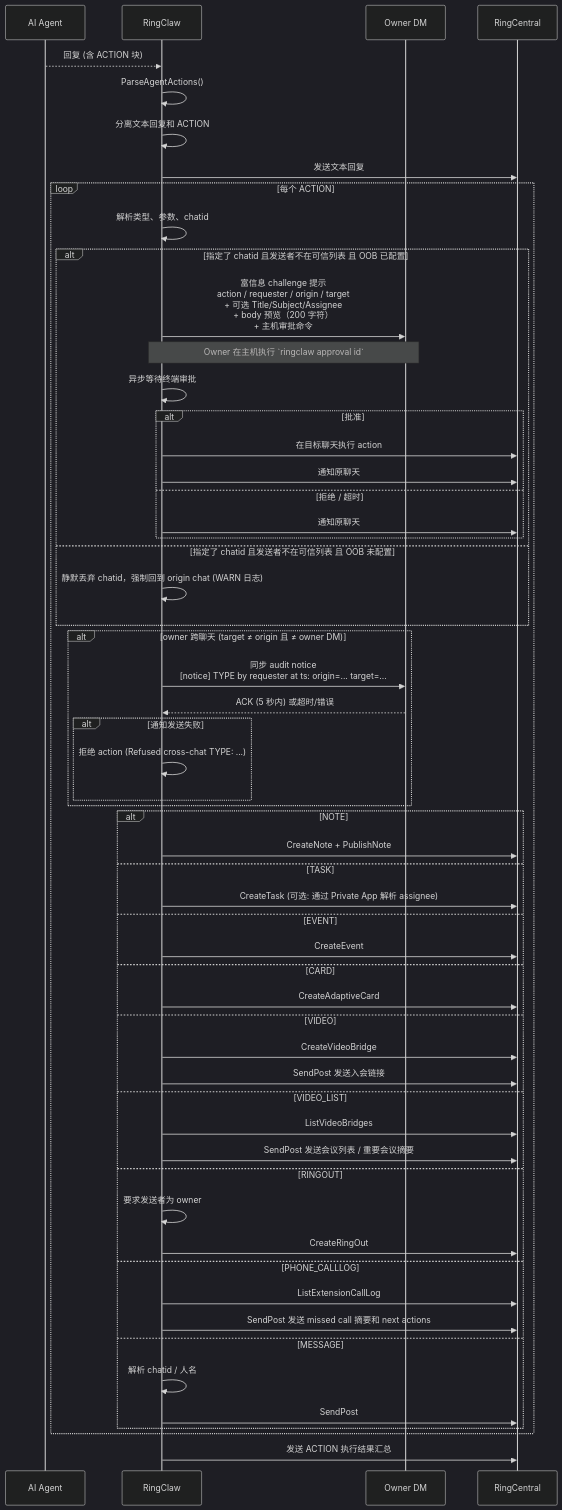
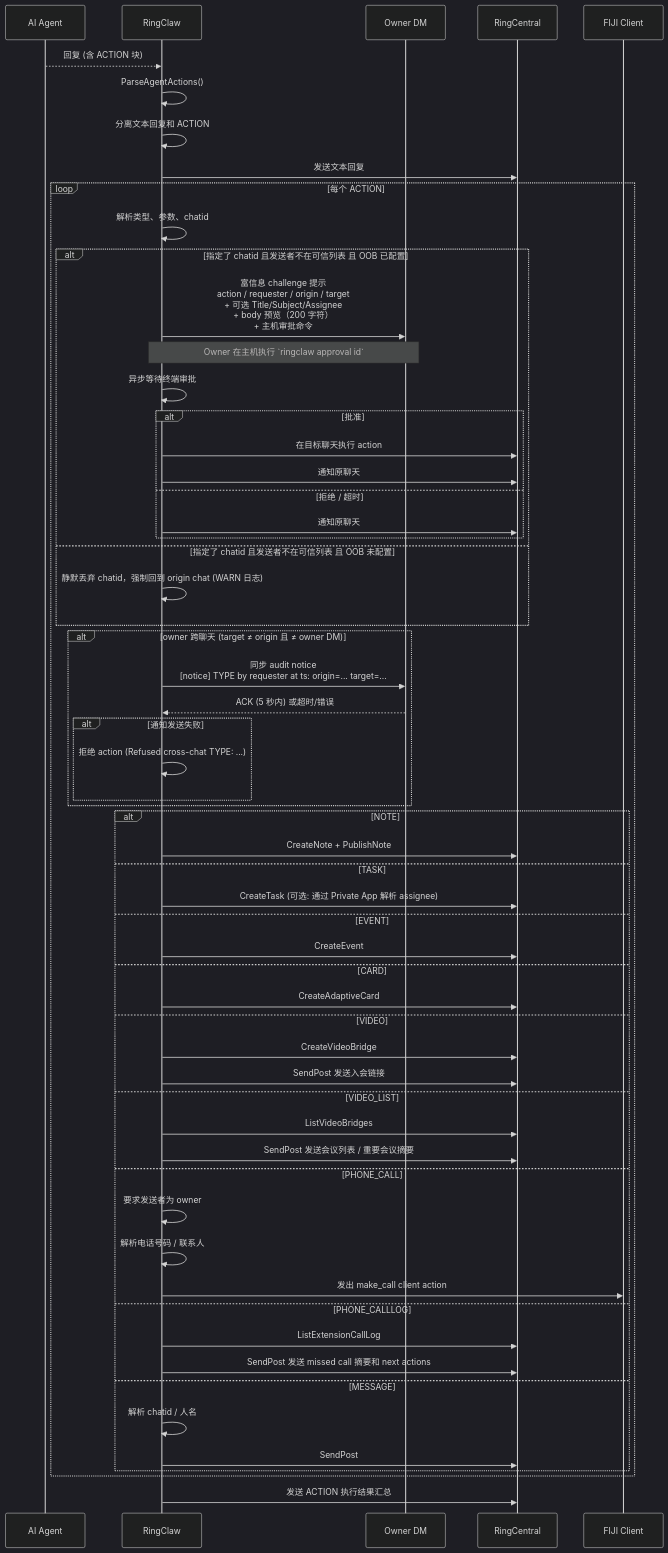
The diagram in docs/zh/features/actions.md (ringclaw/ringclaw), drawn with Mermaid (dark theme) before and after one commit. The commit also changed other lines of this file and 44 other files, not shown here.

````diff
--- a/docs/zh/features/actions.md
+++ b/docs/zh/features/actions.md
@@ -13,60 +13,62 @@
 ```mermaid
 sequenceDiagram
     participant AI as AI Agent
     participant R as RingClaw
     participant O as Owner DM
     participant RC as RingCentral
+    participant FIJI as FIJI Client
 
     AI-->>R: 回复 (含 ACTION 块)
     R->>R: ParseAgentActions()
     R->>R: 分离文本回复和 ACTION
     R->>RC: 发送文本回复
     loop 每个 ACTION
         R->>R: 解析类型、参数、chatid
         alt 指定了 chatid 且发送者不在可信列表 且 OOB 已配置
             R->>O: 富信息 challenge 提示<br/>action / requester / origin / target<br/>+ 可选 Title/Subject/Assignee<br/>+ body 预览（200 字符）<br/>+ 主机审批命令
             Note over O,R: Owner 在主机执行 `ringclaw approval id`
             R->>R: 异步等待终端审批
             alt 批准
                 R->>RC: 在目标聊天执行 action
                 R->>RC: 通知原聊天
             else 拒绝 / 超时
                 R->>RC: 通知原聊天
             end
         else 指定了 chatid 且发送者不在可信列表 且 OOB 未配置
             R->>R: 静默丢弃 chatid，强制回到 origin chat (WARN 日志)
         end
         alt owner 跨聊天 (target ≠ origin 且 ≠ owner DM)
             R->>O: 同步 audit notice<br/>[notice] TYPE by requester at ts: origin=... target=...
             O-->>R: ACK (5 秒内) 或超时/错误
             alt 通知发送失败
                 R->>R: 拒绝 action (Refused cross-chat TYPE: ...)
             end
         end
         alt NOTE
             R->>RC: CreateNote + PublishNote
         else TASK
             R->>RC: CreateTask (可选: 通过 Private App 解析 assignee)
         else EVENT
             R->>RC: CreateEvent
         else CARD
             R->>RC: CreateAdaptiveCard
         else VIDEO
             R->>RC: CreateVideoBridge
             R->>RC: SendPost 发送入会链接
         else VIDEO_LIST
             R->>RC: ListVideoBridges
             R->>RC: SendPost 发送会议列表 / 重要会议摘要
-        else RINGOUT
+        else PHONE_CALL
             R->>R: 要求发送者为 owner
-            R->>RC: CreateRingOut
+            R->>R: 解析电话号码 / 联系人
+            R->>FIJI: 发出 make_call client action
         else PHONE_CALLLOG
             R->>RC: ListExtensionCallLog
             R->>RC: SendPost 发送 missed call 摘要和 next actions
         else MESSAGE
             R->>R: 解析 chatid / 人名
             R->>RC: SendPost
         end
     end
     R->>RC: 发送 ACTION 执行结果汇总
 ```
````
